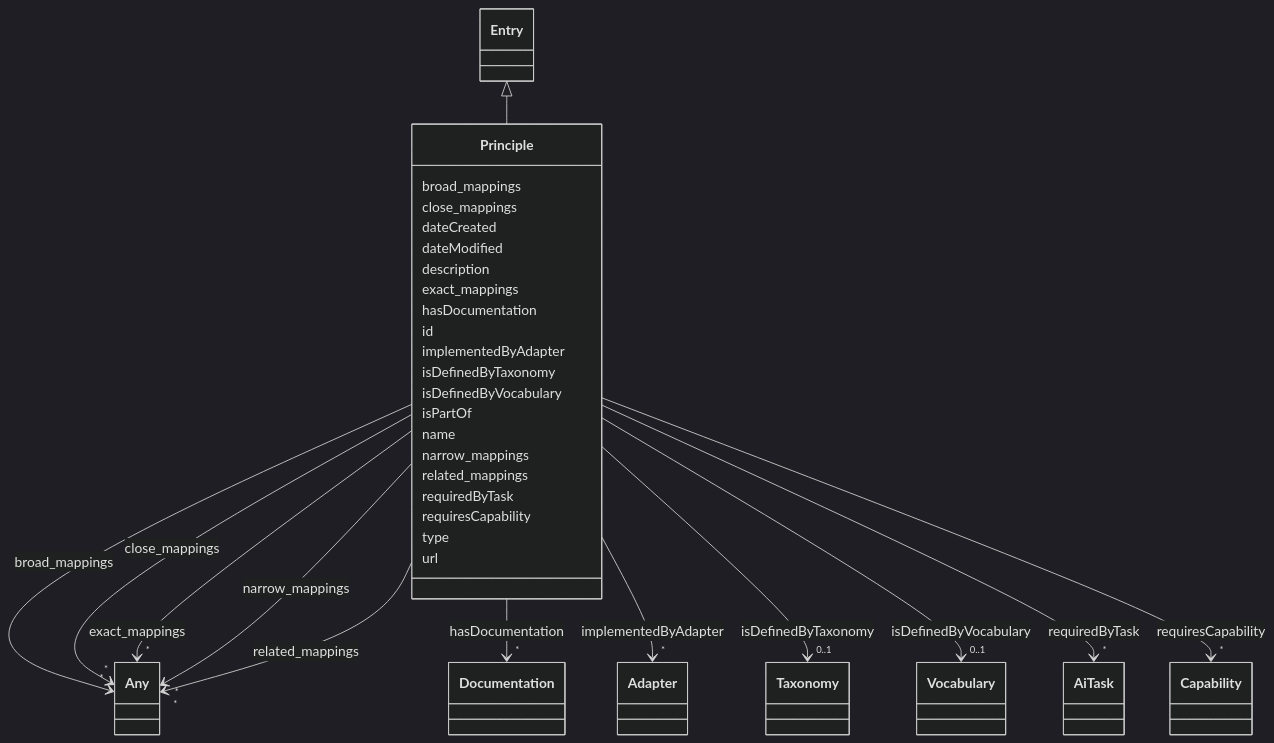
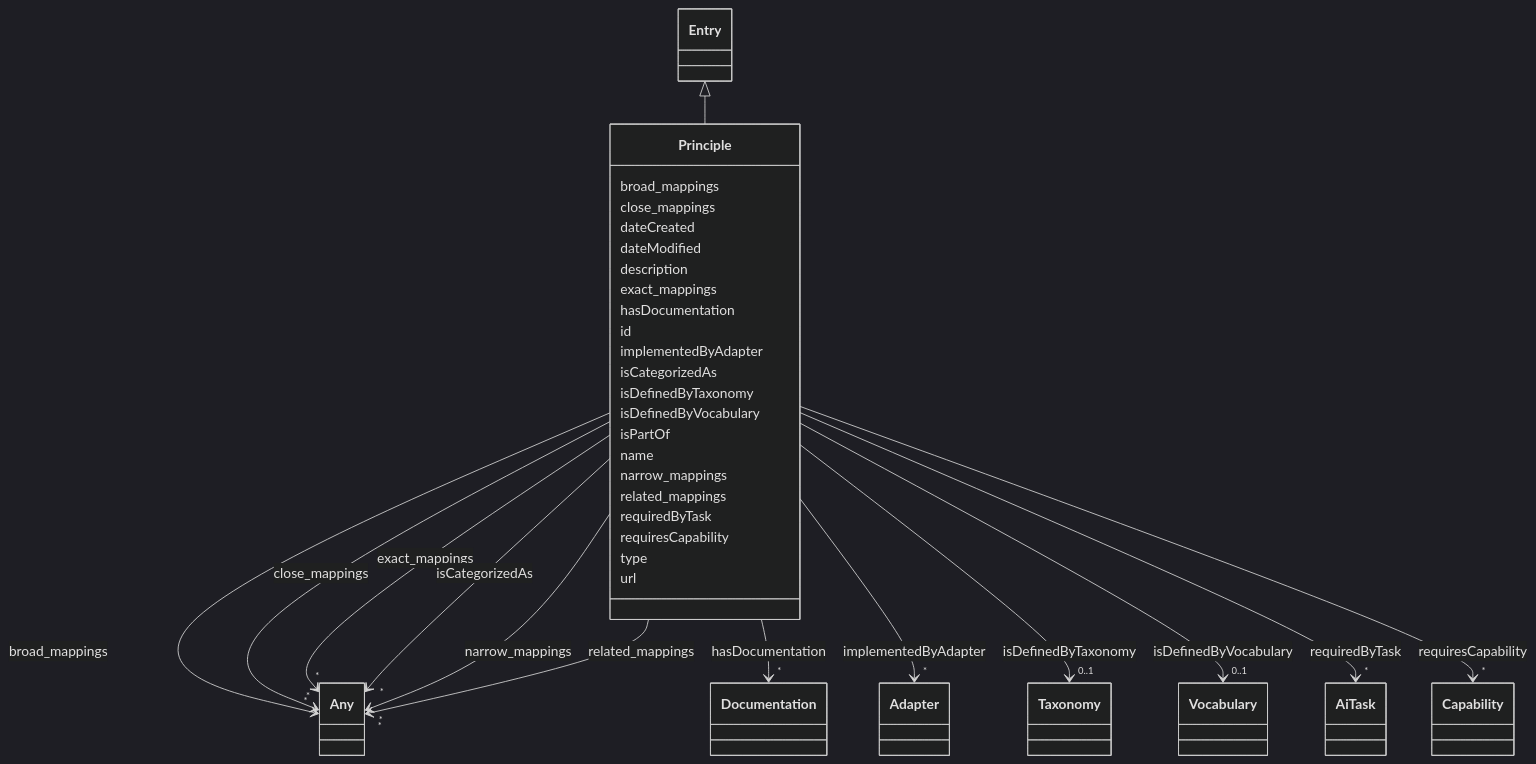
The diagram in docs/ontology/Principle.md (dhavalsalwala/ai-atlas-nexus-fork), drawn with Mermaid (dark theme) before and after one commit. The commit also changed other lines of this file and 130 other files, not shown here.

```diff
--- a/docs/ontology/Principle.md
+++ b/docs/ontology/Principle.md
@@ -71,6 +71,17 @@
 
         Principle --> "*" Adapter : implementedByAdapter
         click Adapter href "../Adapter/"
+
+
+
+      Principle : isCategorizedAs
+
+
+
+
+
+        Principle --> "*" Any : isCategorizedAs
+        click Any href "../Any/"
 
 
 
```
